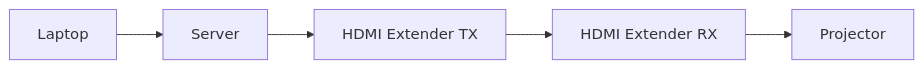
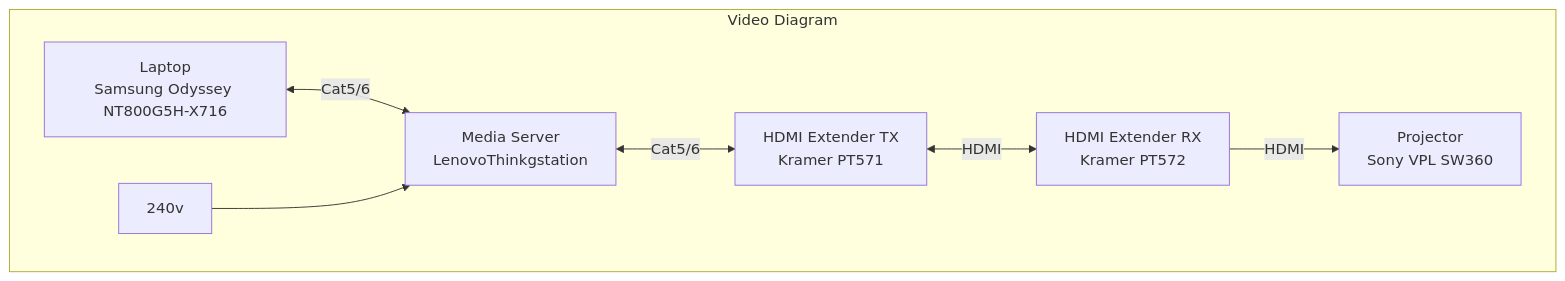
The second of 3 diagrams in SystemDiagram.md (Josephhtoo/EGL314-Team-B-Project-Space), drawn with Mermaid before and after one commit. The commit also changed other lines of this file and 1 other file, not shown here.

````diff
--- a/SystemDiagram.md
+++ b/SystemDiagram.md
@@ -13,6 +14,7 @@
-```mermaid 
-graph LR
-
-A[Laptop]-->B[Server]-->C[HDMI Extender TX]-->D[HDMI Extender RX]-->E[Projector]
-
+```mermaid
+graph 
+    subgraph Video Diagram
+        A[Laptop<br>Samsung Odyssey NT800G5H-X716] <-- Cat5/6 --> B[Media Server<br>LenovoThinkgstation] <--Cat5/6--> C[HDMI Extender TX<br> Kramer PT571]<--HDMI-->D[HDMI Extender RX<br>Kramer PT572] --HDMI--> E[Projector<br>Sony VPL SW360] 
+    F[240v] --> B
+    end
 ```
````
